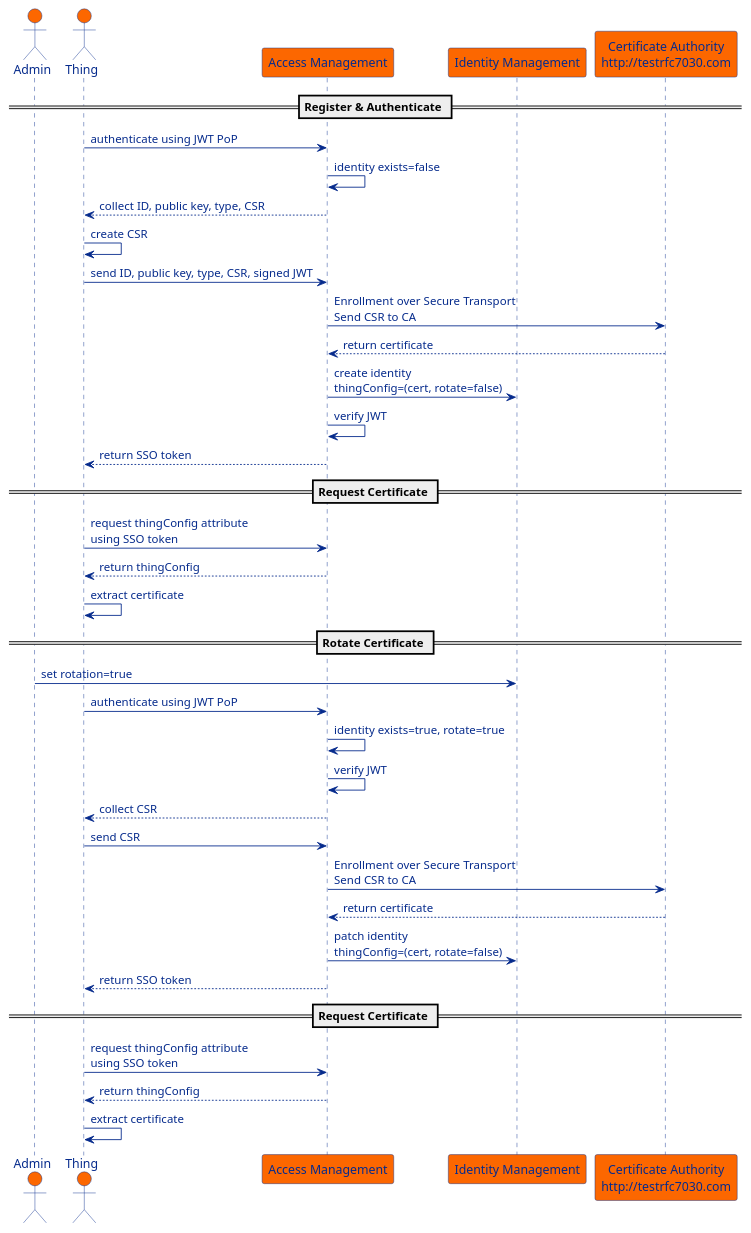
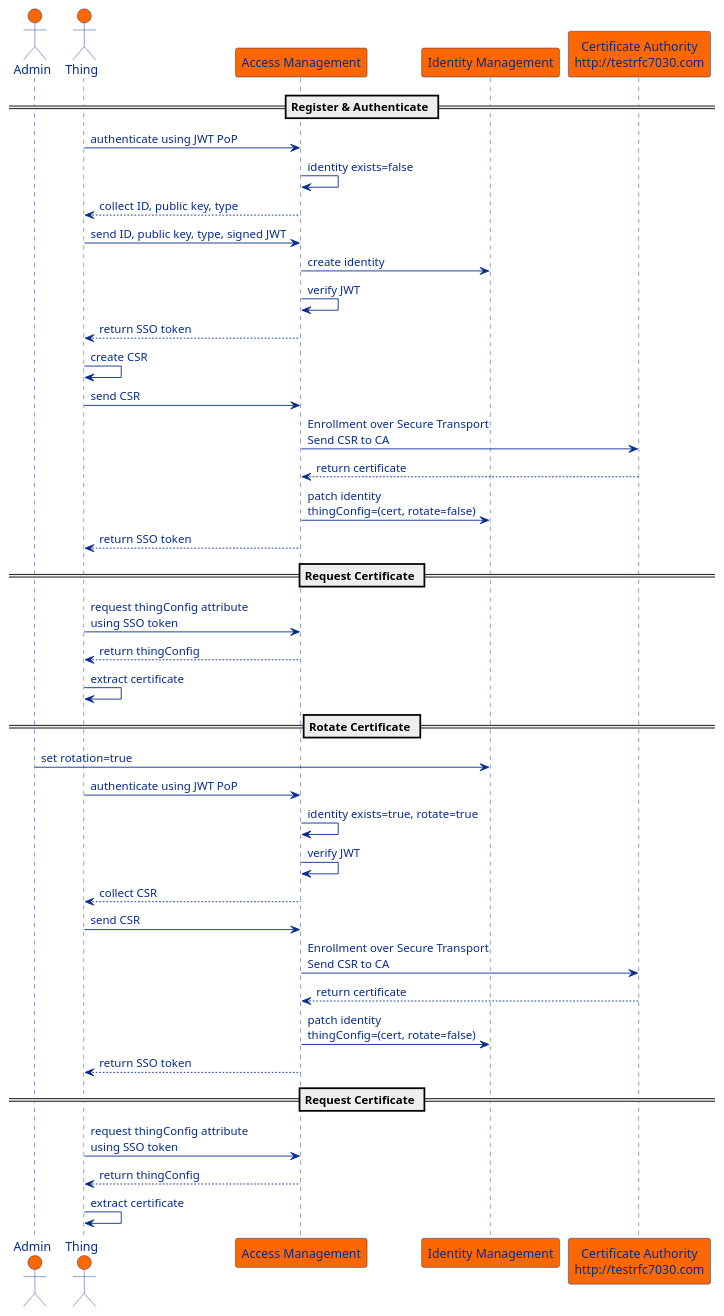
Before and after one commit to ForgeRock/iot-edge: the diagram in examples/proof-of-concept/certificate-management/docs/cert-management.puml, drawn with PlantUML. The commit also changed 4 other files, not shown here.

```diff
--- a/examples/proof-of-concept/certificate-management/docs/cert-management.puml
+++ b/examples/proof-of-concept/certificate-management/docs/cert-management.puml
@@ -1,57 +1,71 @@
 @startuml
 
 skinparam sequence {
     ArrowFontColor #062b8c
     ArrowColor #062b8c
     LifeLineBorderColor #062b8c
 
     ParticipantBorderColor #062b8c
     ParticipantBackgroundColor #fc6700
     ParticipantFontColor #062b8c
 
     ActorBorderColor #062b8c
     ActorBackgroundColor #fc6700
     ActorFontColor #062b8c
 }
 
 actor "Admin" as ad
 actor "Thing" as th
 participant "Access Management" as am
 participant "Identity Management" as idm
 participant "Certificate Authority\nhttp://testrfc7030.com" as ca
 
 == Register & Authenticate ==
+'th -> am : authenticate using JWT PoP
+'am -> am : identity exists=false
+'am --> th : collect ID, public key, type, CSR
+'th -> th : create CSR
+'th -> am : send ID, public key, type, CSR, signed JWT
+'am -> ca : Enrollment over Secure Transport\nSend CSR to CA
+'ca --> am : return certificate
+'am -> idm : create identity\nthingConfig=(cert, rotate=false)
+'am -> am : verify JWT
+'am --> th : return SSO token
+
 th -> am : authenticate using JWT PoP
 am -> am : identity exists=false
-am --> th : collect ID, public key, type, CSR
+am --> th : collect ID, public key, type
+th -> am : send ID, public key, type, signed JWT
+am -> idm : create identity
+am -> am : verify JWT
+am --> th : return SSO token
 th -> th : create CSR
-th -> am : send ID, public key, type, CSR, signed JWT
+th -> am : send CSR
 am -> ca : Enrollment over Secure Transport\nSend CSR to CA
 ca --> am : return certificate
-am -> idm : create identity\nthingConfig=(cert, rotate=false)
-am -> am : verify JWT
+am -> idm : patch identity\nthingConfig=(cert, rotate=false)
 am --> th : return SSO token
 
 == Request Certificate ==
 th -> am : request thingConfig attribute\nusing SSO token
 am --> th : return thingConfig
 th -> th : extract certificate
 
 == Rotate Certificate ==
 ad -> idm : set rotation=true
 th -> am : authenticate using JWT PoP
 am -> am : identity exists=true, rotate=true
 am -> am : verify JWT
 am --> th : collect CSR
 th -> am : send CSR
 am -> ca : Enrollment over Secure Transport\nSend CSR to CA
 ca --> am : return certificate
 am -> idm : patch identity\nthingConfig=(cert, rotate=false)
 am --> th : return SSO token
 
 == Request Certificate ==
 th -> am : request thingConfig attribute\nusing SSO token
 am --> th : return thingConfig
 th -> th : extract certificate
 
 @enduml
```
